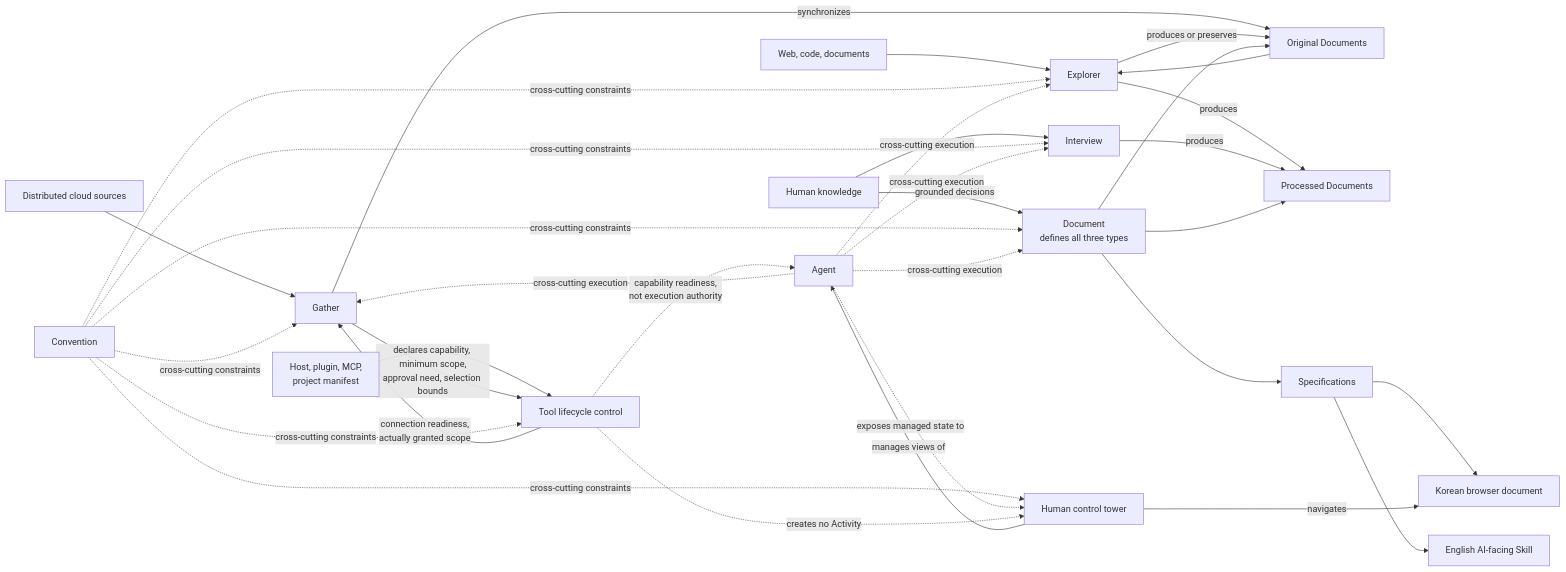
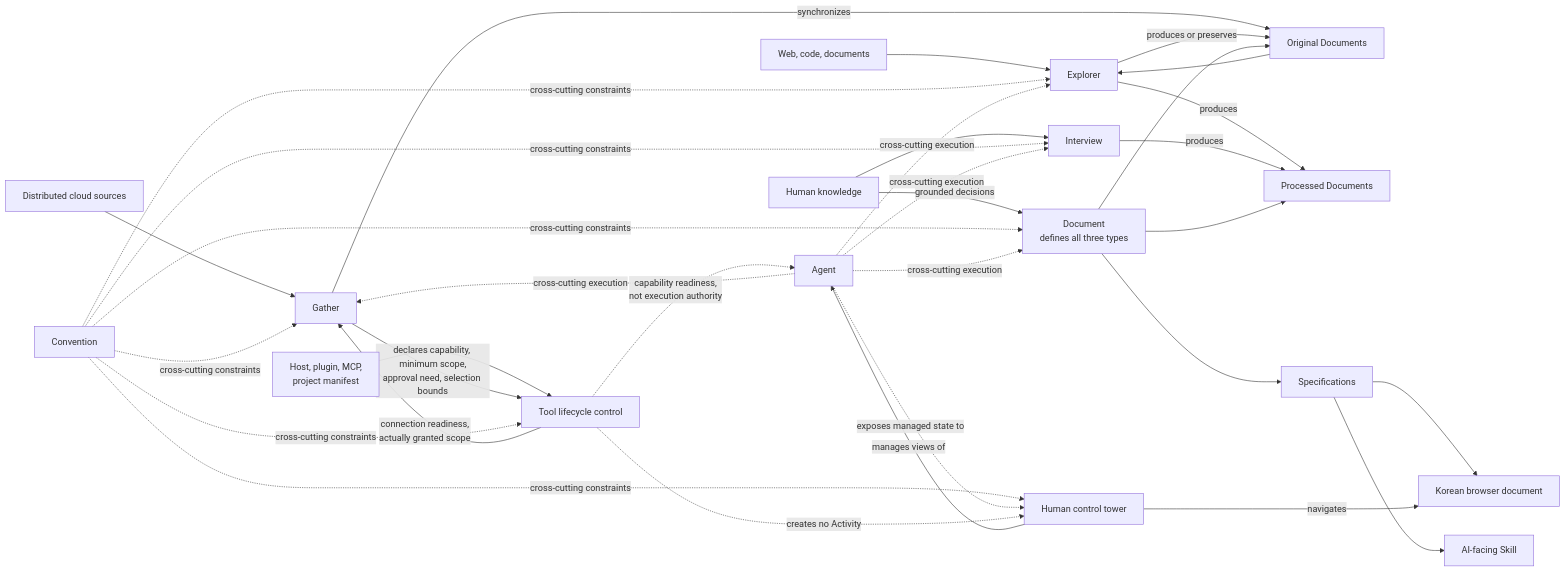
One commit to KoreanLeeChangHyun/agent-factory-codex-plugin changed the second of 9 diagrams in skills/convention/references/diagrams.md. Above: the diagram before and after it, drawn with Mermaid. The commit also changed other lines of this file and 90 other files, not shown here.

````diff
--- a/skills/convention/references/diagrams.md
+++ b/skills/convention/references/diagrams.md
@@ -53,37 +50,37 @@
 ```mermaid
 flowchart LR
     accTitle: Agent Factory core capability topology
     accDescr: Gather, Tool, Explorer, Interview, Document, Convention, Agent, and Workspace have distinct inputs, outputs, execution, lifecycle, and authority relationships.
     Sources[Distributed cloud sources] --> Gather
     Authorities[Host, plugin, MCP,<br/>project manifest] --> Tool[Tool lifecycle control]
     Gather -->|declares capability, minimum scope,<br/>approval need, selection bounds| Tool
     Tool -->|connection readiness,<br/>actually granted scope| Gather
     Gather -->|synchronizes| Original[Original Documents]
     WebCodeDocs[Web, code, documents] --> Explorer
     Original --> Explorer
     Explorer -->|produces or preserves| Original
     Explorer -->|produces| Processed[Processed Documents]
     Human[Human knowledge] --> Interview
     Interview -->|produces| Processed
     Document[Document<br/>defines all three types] --> Original
     Document --> Processed
     Document --> Specification[Specifications]
     Human -->|grounded decisions| Document
     Specification --> HumanView[Korean browser document]
-    Specification --> AIView[English AI-facing Skill]
+    Specification --> AIView[AI-facing Skill]
     Workspace[Human control tower] -->|navigates| HumanView
     Workspace -->|manages views of| Agent
     Convention -. cross-cutting constraints .-> Gather
     Convention -. cross-cutting constraints .-> Tool
     Convention -. cross-cutting constraints .-> Explorer
     Convention -. cross-cutting constraints .-> Interview
     Convention -. cross-cutting constraints .-> Document
     Convention -. cross-cutting constraints .-> Workspace
     Agent -. cross-cutting execution .-> Gather
     Tool -. capability readiness,<br/>not execution authority .-> Agent
     Agent -. cross-cutting execution .-> Explorer
     Agent -. cross-cutting execution .-> Interview
     Agent -. cross-cutting execution .-> Document
     Agent -. exposes managed state to .-> Workspace
     Tool -. creates no Activity .-> Workspace
 ```
````
